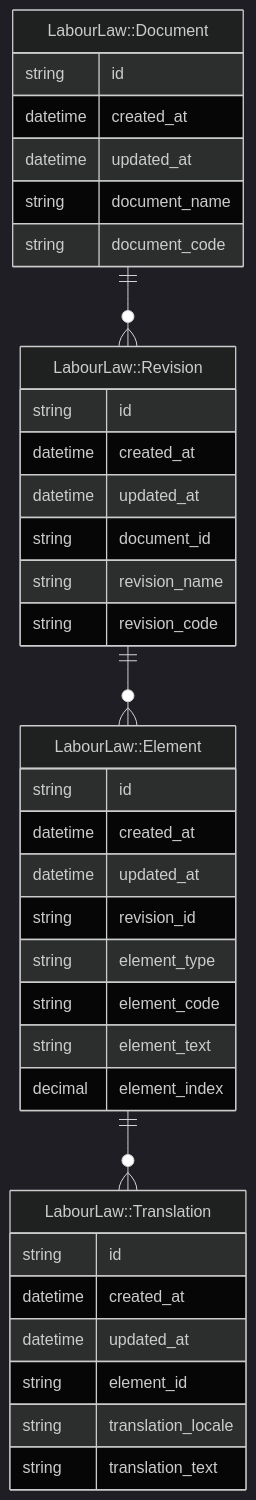
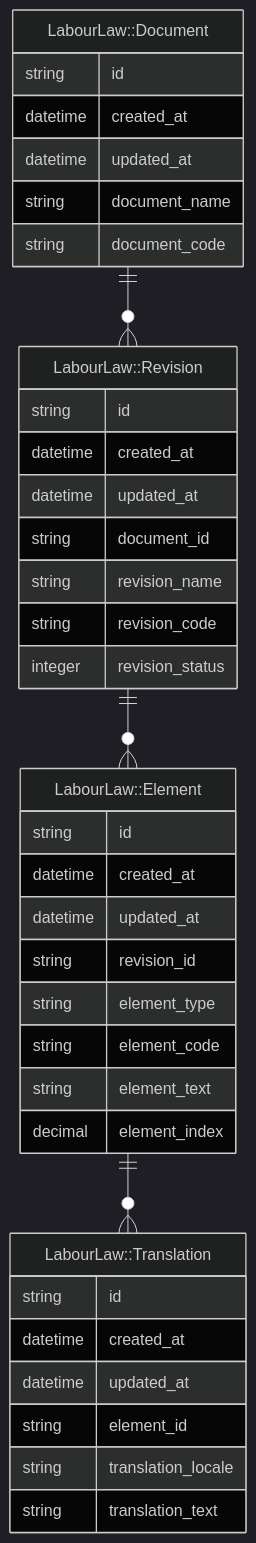
The diagram in app/pages/labour-law-module.en.md (henrycatalinismith/666a.se), drawn with Mermaid (dark theme) before and after one commit. The commit also changed 1 other file, not shown here.

Commit message:
More docs work to prepare for going open source tomorrow

```diff
--- a/app/pages/labour-law-module.en.md
+++ b/app/pages/labour-law-module.en.md
@@ -10,47 +10,48 @@
   <pre class="mermaid">
     erDiagram
 
       "LabourLaw::Document" {
           string id  
           datetime created_at  
           datetime updated_at  
           string document_name  
           string document_code  
       }
 
       "LabourLaw::Document" ||--o{ "LabourLaw::Revision" : ""
 
       "LabourLaw::Revision" {
           string id  
           datetime created_at  
           datetime updated_at  
           string document_id  
           string revision_name  
           string revision_code  
+          integer revision_status  
       }
 
       "LabourLaw::Revision" ||--o{ "LabourLaw::Element" : ""
 
       "LabourLaw::Element" {
           string id  
           datetime created_at  
           datetime updated_at  
           string revision_id  
           string element_type  
           string element_code  
           string element_text  
           decimal element_index  
       }
 
       "LabourLaw::Element" ||--o{ "LabourLaw::Translation" : ""
 
       "LabourLaw::Translation" {
           string id  
           datetime created_at  
           datetime updated_at  
           string element_id  
           string translation_locale  
           string translation_text  
       }
 
   </pre>
```
